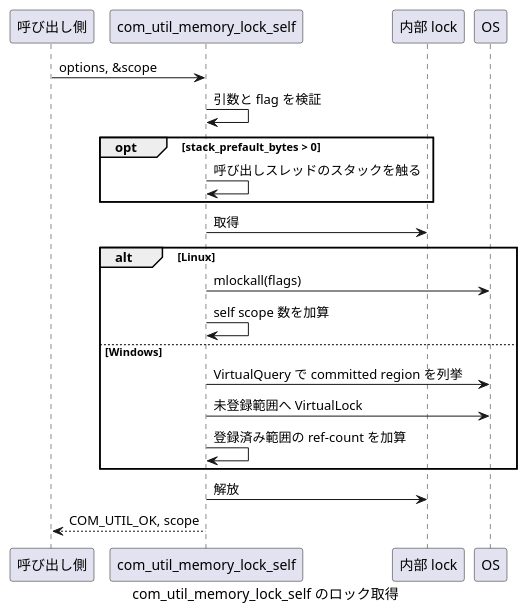
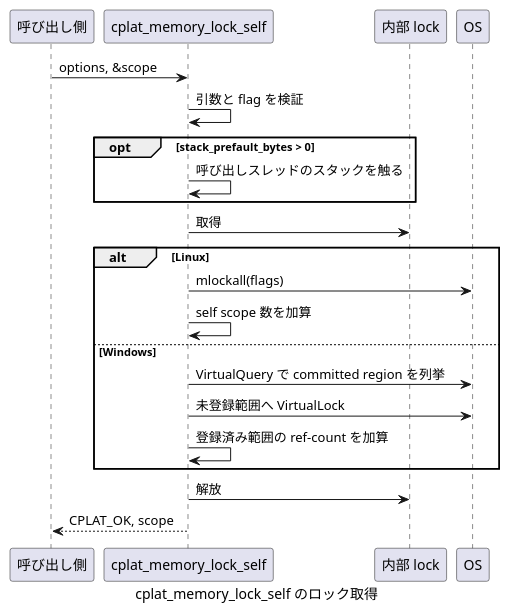
The first of 2 diagrams in docs/memory-lock.md (Hondarer/app_c-platform), drawn with PlantUML before and after one commit. The commit also changed other lines of this file and 1577 other files, not shown here.

````diff
--- a/docs/memory-lock.md
+++ b/docs/memory-lock.md
@@ -100,26 +100,26 @@
 ```plantuml
-@startuml com_util_memory_lock_self のロック取得
-caption com_util_memory_lock_self のロック取得
+@startuml cplat_memory_lock_self のロック取得
+caption cplat_memory_lock_self のロック取得
 participant "呼び出し側" as Caller
-participant "com_util_memory_lock_self" as API
+participant "cplat_memory_lock_self" as API
 participant "内部 lock" as Lock
 participant "OS" as OS
 
 Caller -> API : options, &scope
 API -> API : 引数と flag を検証
 opt stack_prefault_bytes > 0
     API -> API : 呼び出しスレッドのスタックを触る
 end
 API -> Lock : 取得
 alt Linux
     API -> OS : mlockall(flags)
     API -> API : self scope 数を加算
 else Windows
     API -> OS : VirtualQuery で committed region を列挙
     API -> OS : 未登録範囲へ VirtualLock
     API -> API : 登録済み範囲の ref-count を加算
 end
 API -> Lock : 解放
-API --> Caller : COM_UTIL_OK, scope
+API --> Caller : CPLAT_OK, scope
 @enduml
 ```
````
